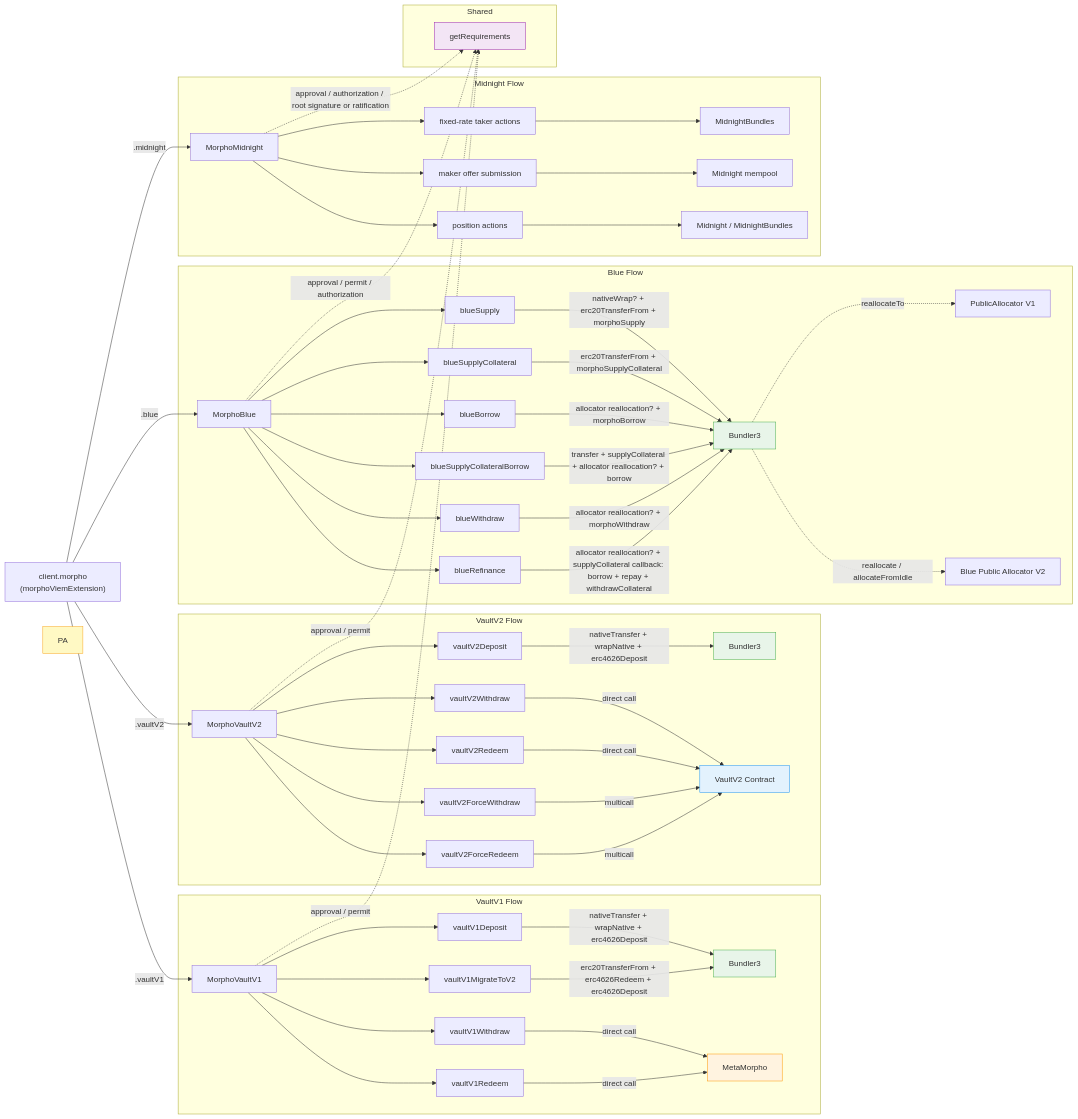
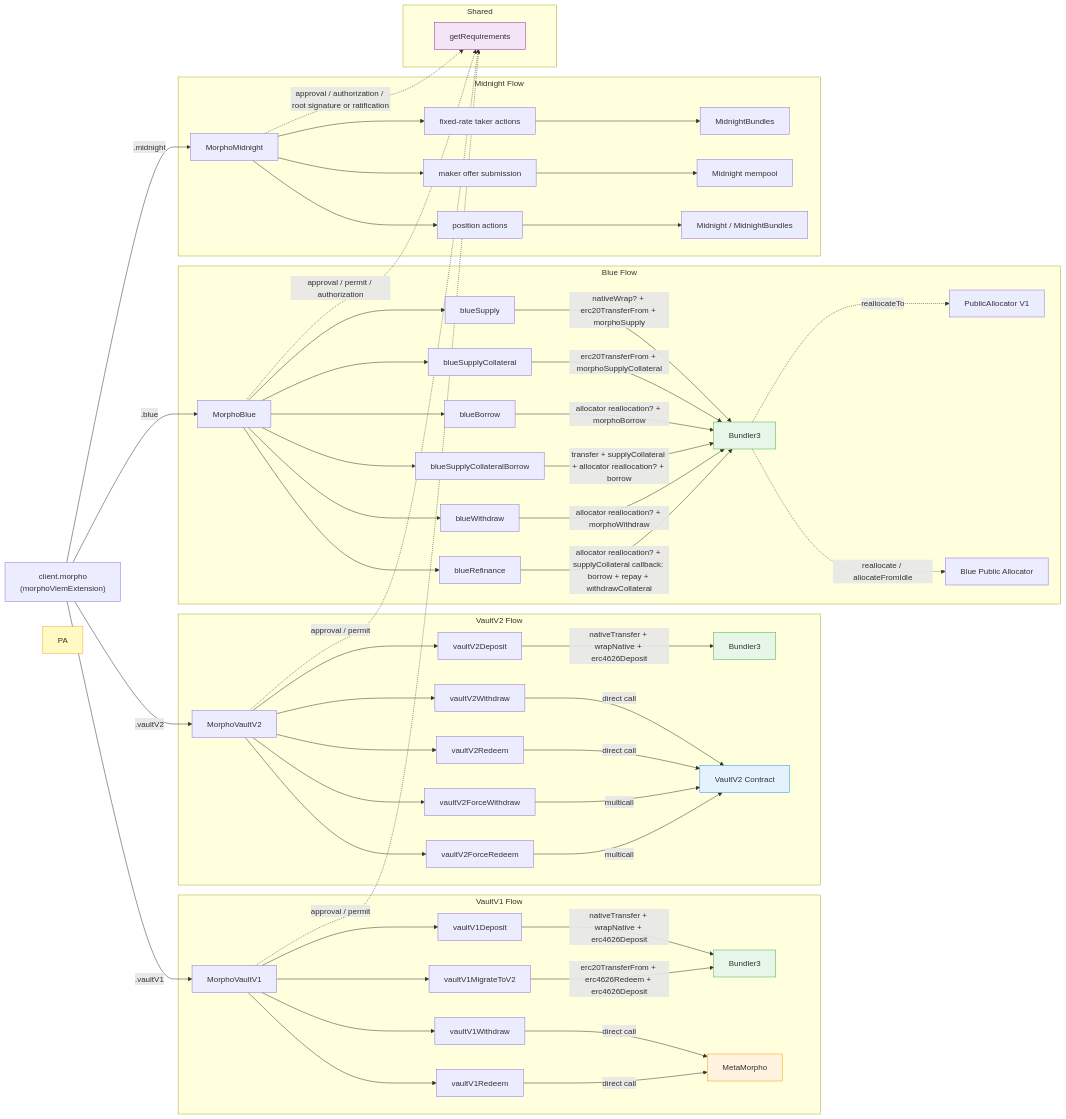
One commit to morpho-org/sdks changed the diagram in packages/morpho-sdk/README.md. Above: the diagram before and after it, drawn with Mermaid. The commit also changed 18 other files, not shown here.

Commit message:
refactor: align BluePublicAllocator naming

```diff
--- a/packages/morpho-sdk/README.md
+++ b/packages/morpho-sdk/README.md
@@ -226,7 +226,7 @@
         M1RF -->|allocator reallocation? + supplyCollateral callback: borrow + repay + withdrawCollateral| B3
 
         B3 -.->|reallocateTo| PA1[PublicAllocator V1]
-        B3 -.->|reallocate / allocateFromIdle| PA2[Blue Public Allocator V2]
+        B3 -.->|reallocate / allocateFromIdle| BPA[Blue Public Allocator]
     end
 
     subgraph Midnight Flow
```
